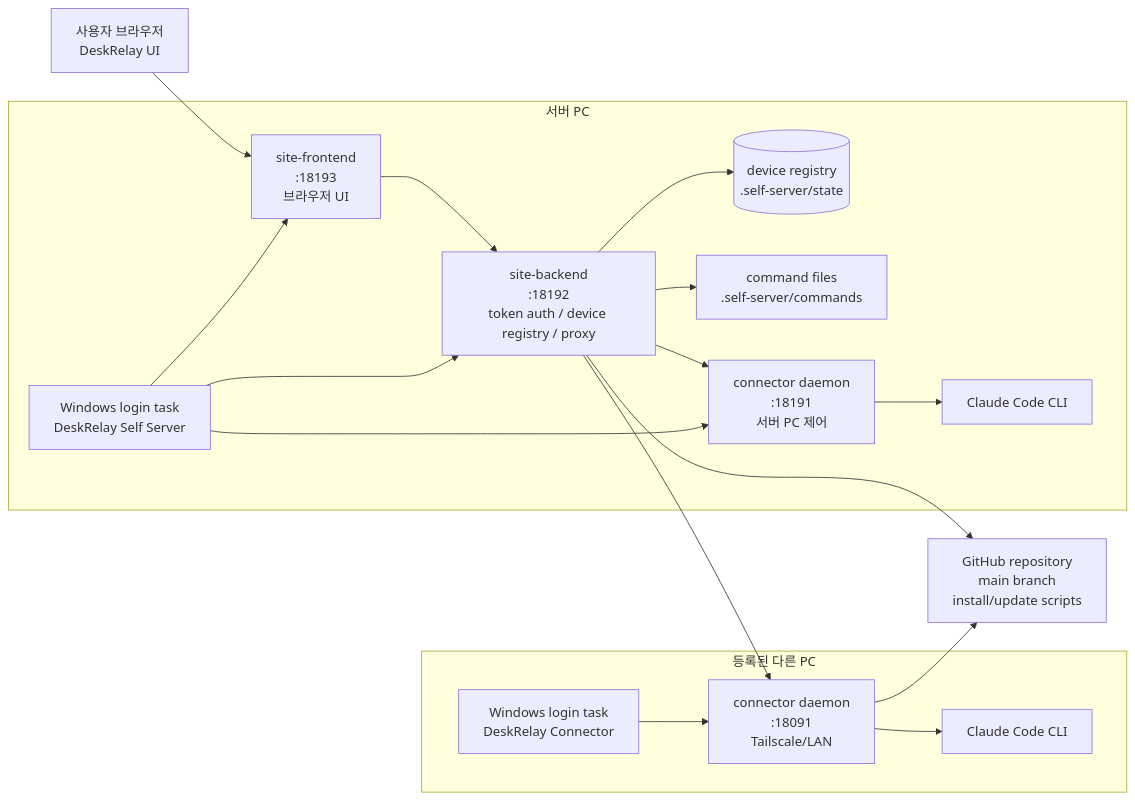
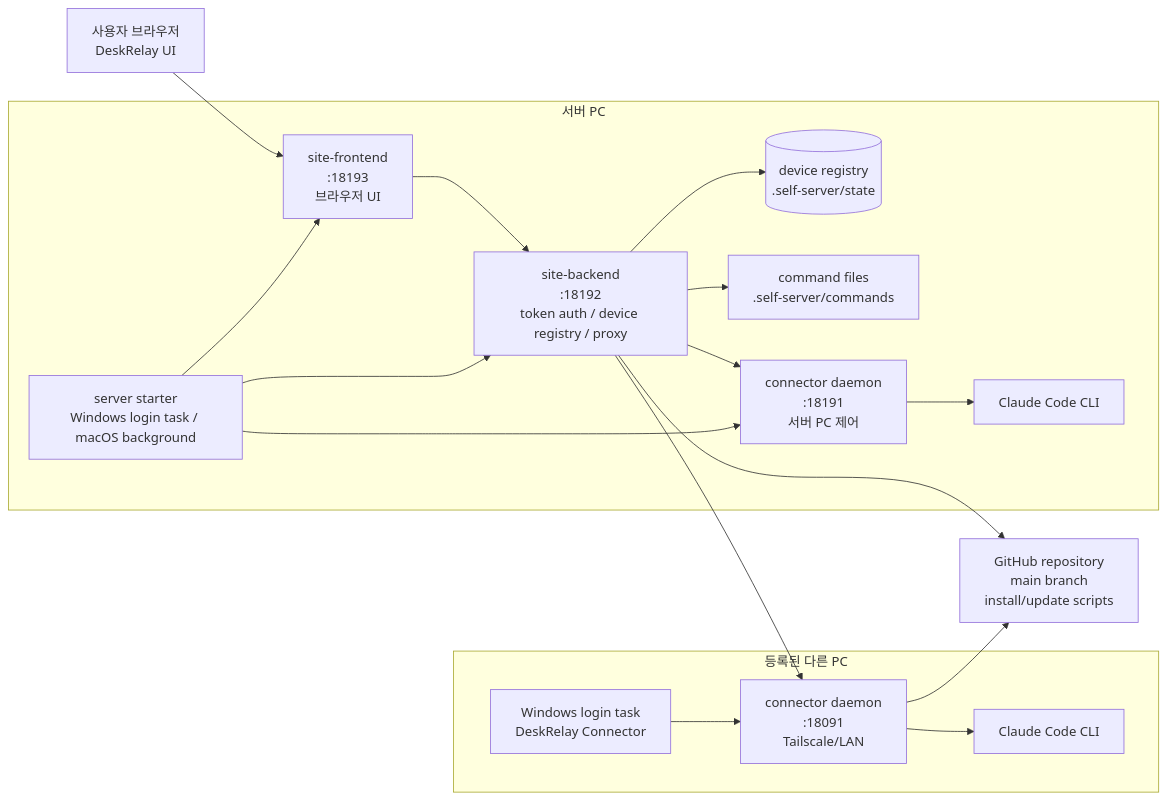
One commit to darkhtk/deskrelay changed the first of 2 diagrams in README.md. Above: the diagram before and after it, drawn with Mermaid. The commit also changed other lines of this file and 2 other files, not shown here.

Commit message:
Add self server bootstrap installers

````diff
--- a/README.md
+++ b/README.md
@@ -396,36 +402,36 @@
 ```mermaid
 flowchart LR
   Browser["사용자 브라우저<br/>DeskRelay UI"]
   GitHub["GitHub repository<br/>main branch<br/>install/update scripts"]
 
   subgraph ServerPC["서버 PC"]
     Frontend["site-frontend<br/>:18193<br/>브라우저 UI"]
     Backend["site-backend<br/>:18192<br/>token auth / device registry / proxy"]
     Registry[("device registry<br/>.self-server/state")]
     Commands["command files<br/>.self-server/commands"]
     ServerDaemon["connector daemon<br/>:18191<br/>서버 PC 제어"]
-    ServerTask["Windows login task<br/>DeskRelay Self Server"]
+    ServerTask["server starter<br/>Windows login task / macOS background"]
     ServerClaude["Claude Code CLI"]
   end
 
   subgraph RemotePC["등록된 다른 PC"]
     RemoteDaemon["connector daemon<br/>:18091<br/>Tailscale/LAN"]
     RemoteTask["Windows login task<br/>DeskRelay Connector"]
     RemoteClaude["Claude Code CLI"]
   end
 
   Browser --> Frontend
   Frontend --> Backend
   Backend --> Registry
   Backend --> Commands
   Backend --> ServerDaemon
   Backend --> RemoteDaemon
   Backend --> GitHub
   ServerTask --> Frontend
   ServerTask --> Backend
   ServerTask --> ServerDaemon
   ServerDaemon --> ServerClaude
   RemoteTask --> RemoteDaemon
   RemoteDaemon --> RemoteClaude
   RemoteDaemon --> GitHub
 ```
````
